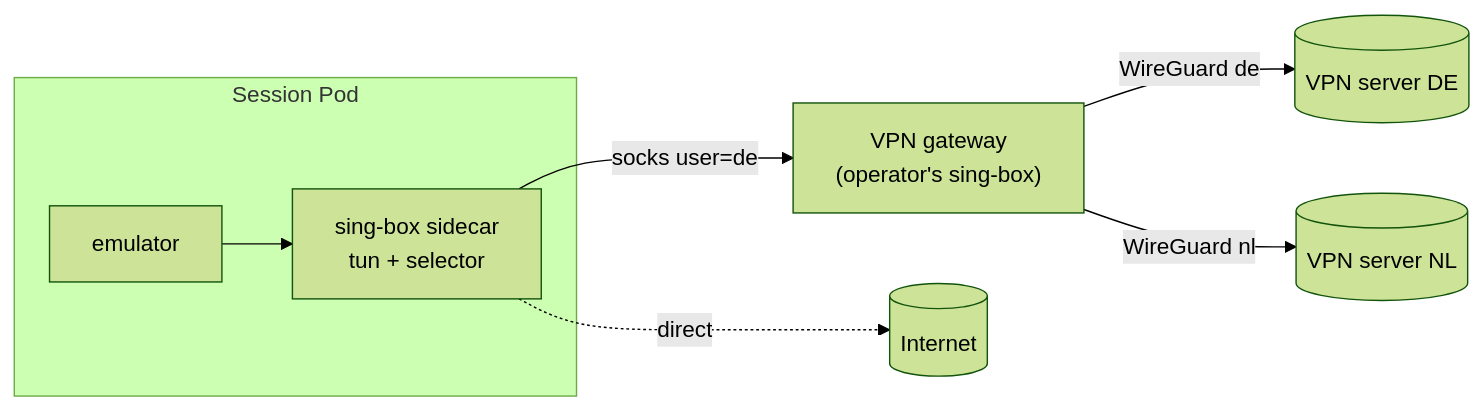
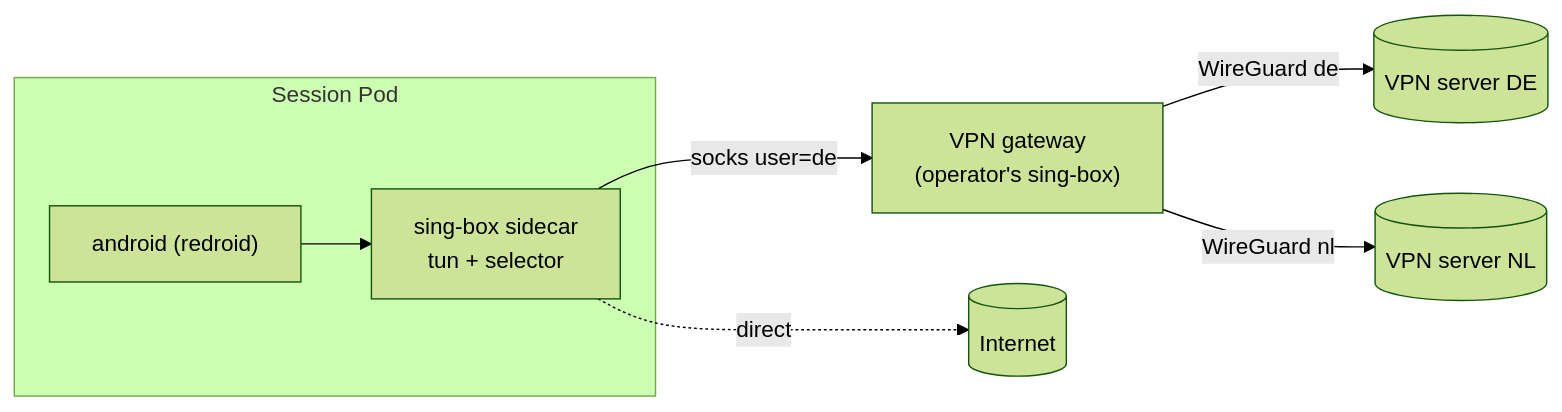
One commit to holtdroid/holtdroid changed the third of 4 diagrams in design/architecture.md. Above: the diagram before and after it, drawn with Mermaid (forest theme). The commit also changed other lines of this file and 54 other files, not shown here.

Commit message:
feat(emulator): run sessions as redroid pods, several per node (decision #82)

````diff
--- a/design/architecture.md
+++ b/design/architecture.md
@@ -435,10 +455,10 @@
 ```mermaid
 flowchart LR
   subgraph pod["Session Pod"]
-    emu["emulator"] --> tun["sing-box sidecar<br/>tun + selector"]
+    emu["android (redroid)"] --> tun["sing-box sidecar<br/>tun + selector"]
   end
   tun -- "socks user=de" --> gw["VPN gateway<br/>(operator's sing-box)"]
   tun -. direct .-> internet[(Internet)]
   gw -- "WireGuard de" --> vde[(VPN server DE)]
   gw -- "WireGuard nl" --> vnl[(VPN server NL)]
 ```
````
